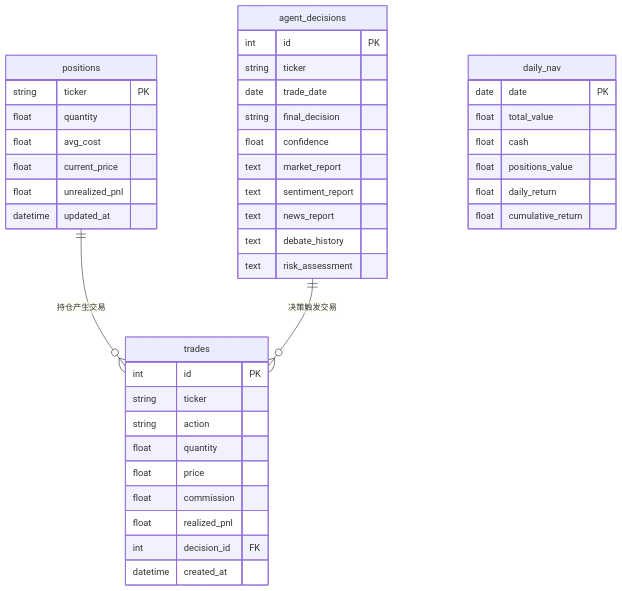
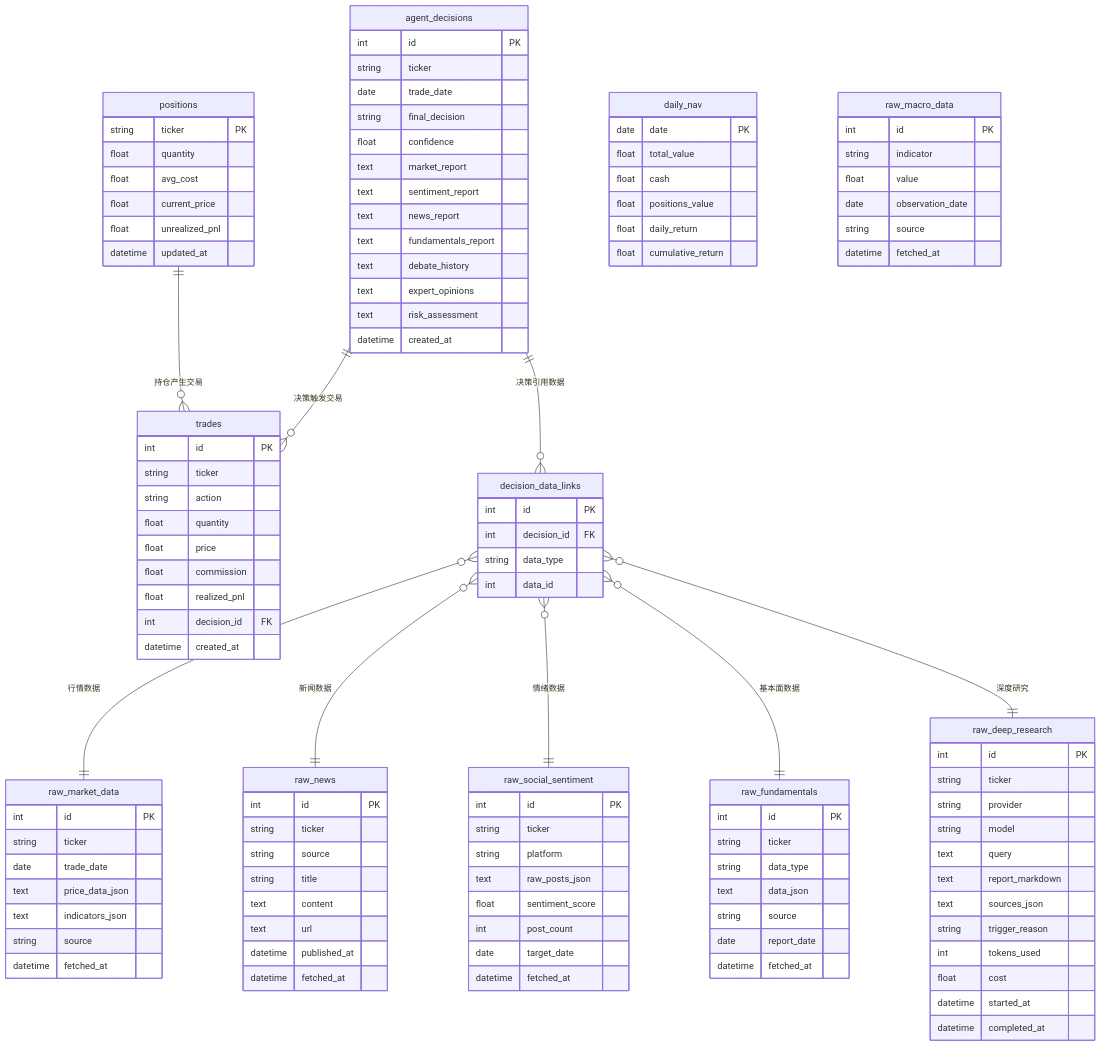
The ninth of 11 diagrams in .qoder/specs/trading-agent-architecture-analysis.md (ZacBi/TradingAgents), drawn with Mermaid before and after one commit. The commit also changed other lines of this file and 5 other files, not shown here.

First line of the commit message:
docs(architecture): 完善多智能体交易框架架构文档

````diff
--- a/.qoder/specs/trading-agent-architecture-analysis.md
+++ b/.qoder/specs/trading-agent-architecture-analysis.md
@@ -729,8 +601,11 @@
         text market_report
         text sentiment_report
         text news_report
+        text fundamentals_report
         text debate_history
+        text expert_opinions
         text risk_assessment
+        datetime created_at
     }
 
     daily_nav {
@@ -742,6 +617,85 @@
         float cumulative_return
     }
 
+    raw_market_data {
+        int id PK
+        string ticker
+        date trade_date
+        text price_data_json
+        text indicators_json
+        string source
+        datetime fetched_at
+    }
+
+    raw_news {
+        int id PK
+        string ticker
+        string source
+        string title
+        text content
+        text url
+        datetime published_at
+        datetime fetched_at
+    }
+
+    raw_social_sentiment {
+        int id PK
+        string ticker
+        string platform
+        text raw_posts_json
+        float sentiment_score
+        int post_count
+        date target_date
+        datetime fetched_at
+    }
+
+    raw_fundamentals {
+        int id PK
+        string ticker
+        string data_type
+        text data_json
+        string source
+        date report_date
+        datetime fetched_at
+    }
+
+    raw_deep_research {
+        int id PK
+        string ticker
+        string provider
+        string model
+        text query
+        text report_markdown
+        text sources_json
+        string trigger_reason
+        int tokens_used
+        float cost
+        datetime started_at
+        datetime completed_at
+    }
+
+    raw_macro_data {
+        int id PK
+        string indicator
+        float value
+        date observation_date
+        string source
+        datetime fetched_at
+    }
+
+    decision_data_links {
+        int id PK
+        int decision_id FK
+        string data_type
+        int data_id
+    }
+
     positions ||--o{ trades : "持仓产生交易"
     agent_decisions ||--o{ trades : "决策触发交易"
+    agent_decisions ||--o{ decision_data_links : "决策引用数据"
+    decision_data_links }o--|| raw_market_data : "行情数据"
+    decision_data_links }o--|| raw_news : "新闻数据"
+    decision_data_links }o--|| raw_social_sentiment : "情绪数据"
+    decision_data_links }o--|| raw_fundamentals : "基本面数据"
+    decision_data_links }o--|| raw_deep_research : "深度研究"
 ```
````
